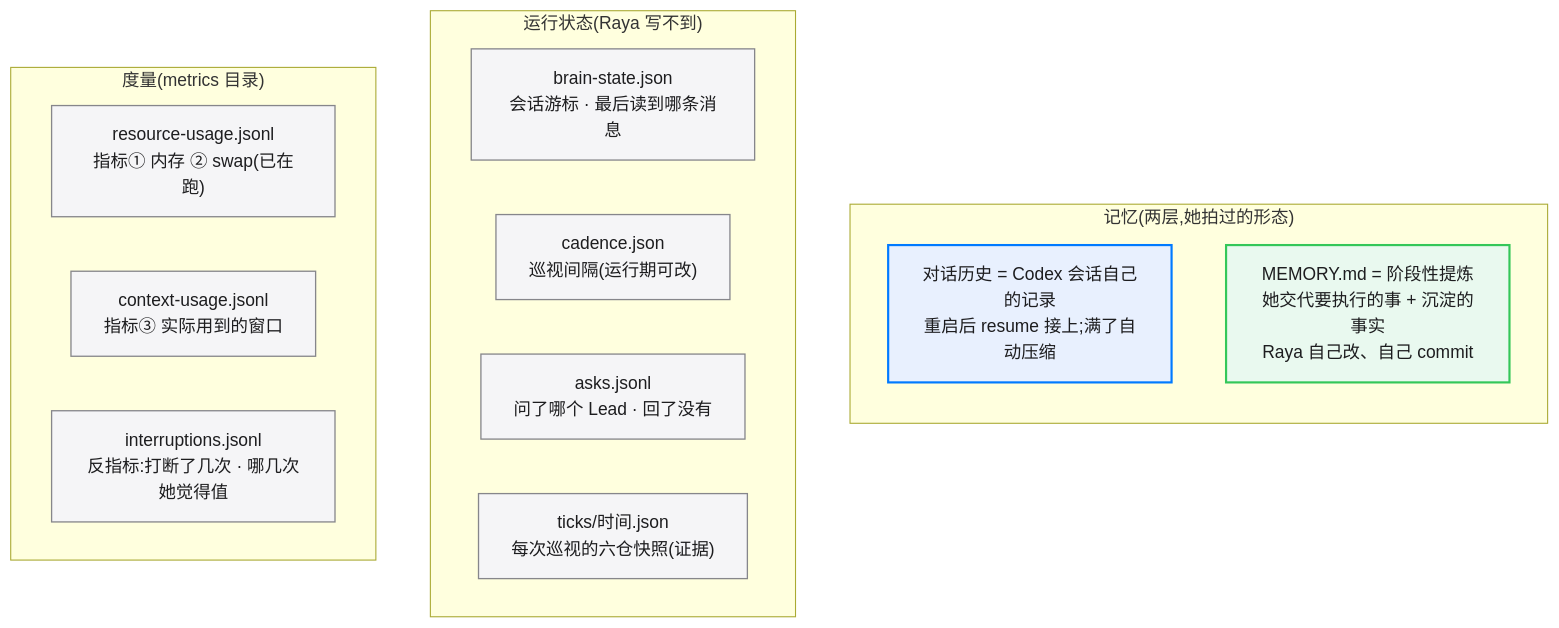
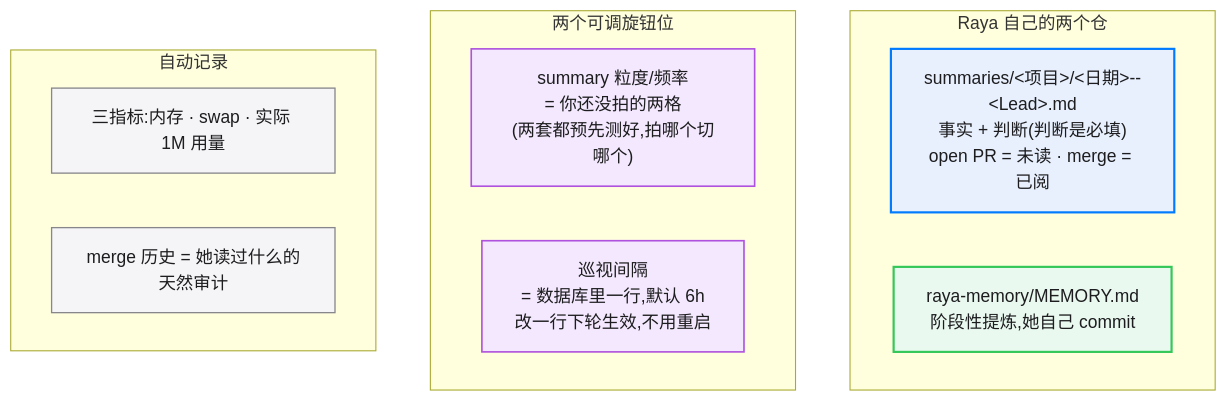
One commit to xrliAnnie/flywheel-qa-sandbox changed the diagram in engineering/doc/FLY-2030-raya-brain-inquiry/diagrams/d3-data-model.mmd. Above: the diagram before and after it, drawn with Mermaid. The commit also changed 7 other files, not shown here.

Commit message:
docs(FLY-2030): founder design HTML v2 (final approved design: summary inflow + Lead-form brain)

```diff
--- a/engineering/doc/FLY-2030-raya-brain-inquiry/diagrams/d3-data-model.mmd
+++ b/engineering/doc/FLY-2030-raya-brain-inquiry/diagrams/d3-data-model.mmd
@@ -1,23 +1,18 @@
 flowchart TB
   classDef repo fill:#e8f0fe,stroke:#007aff,stroke-width:2px,color:#1d1d1f
   classDef file fill:#f5f5f7,stroke:#86868b,stroke-width:1.2px,color:#1d1d1f
   classDef mem fill:#e9f9ef,stroke:#34c759,stroke-width:2px,color:#1d1d1f
+  classDef knob fill:#f3e8fd,stroke:#af52de,stroke-width:1.5px,color:#1d1d1f
 
-  subgraph TH ["记忆(两层,她拍过的形态)"]
-    direction TB
-    THREAD["对话历史 = Codex 会话自己的记录<br/>重启后 resume 接上;满了自动压缩"]:::repo
-    MEMF["MEMORY.md = 阶段性提炼<br/>她交代要执行的事 + 沉淀的事实<br/>Raya 自己改、自己 commit"]:::mem
+  subgraph RY ["Raya 自己的两个仓"]
+    S1["summaries/&lt;项目&gt;/&lt;日期&gt;--&lt;Lead&gt;.md<br/>事实 + 判断(判断是必填)<br/>open PR = 未读 · merge = 已阅"]:::repo
+    MEM["raya-memory/MEMORY.md<br/>阶段性提炼,她自己 commit"]:::mem
   end
-
-  subgraph ST ["运行状态(Raya 写不到)"]
-    S1["brain-state.json<br/>会话游标 · 最后读到哪条消息"]:::file
-    S2["cadence.json<br/>巡视间隔(运行期可改)"]:::file
-    S3["asks.jsonl<br/>问了哪个 Lead · 回了没有"]:::file
-    S4["ticks/时间.json<br/>每次巡视的六仓快照(证据)"]:::file
+  subgraph CFG ["两个可调旋钮位"]
+    K1["summary 粒度/频率<br/>= 你还没拍的两格<br/>(两套都预先测好,拍哪个切哪个)"]:::knob
+    K2["巡视间隔<br/>= 数据库里一行,默认 6h<br/>改一行下轮生效,不用重启"]:::knob
   end
-
-  subgraph ME ["度量(metrics 目录)"]
-    M1["resource-usage.jsonl<br/>指标① 内存 ② swap(已在跑)"]:::file
-    M2["context-usage.jsonl<br/>指标③ 实际用到的窗口"]:::file
-    M3["interruptions.jsonl<br/>反指标:打断了几次 · 哪几次她觉得值"]:::file
+  subgraph ME ["自动记录"]
+    M1F["三指标:内存 · swap · 实际 1M 用量"]:::file
+    M2F["merge 历史 = 她读过什么的天然审计"]:::file
   end
```
